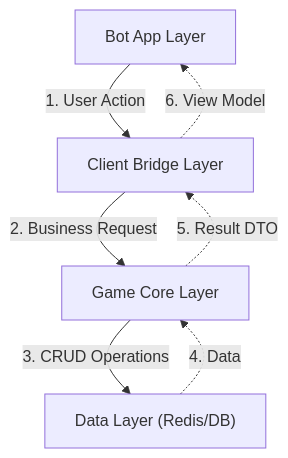
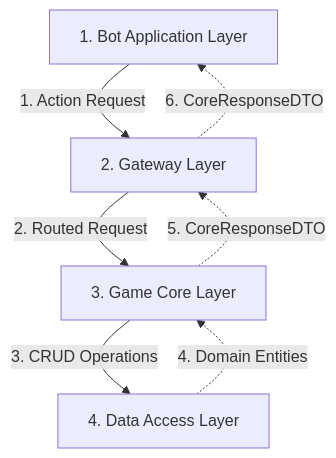
One commit to CodexDLC/telegram_bot_rpg changed the first of 7 diagrams in docs/dis_docs/05_diagrams/01_Architecture_Overview.md. Above: the diagram before and after it, drawn with Mermaid. The commit also changed other lines of this file and 37 other files, not shown here.

````diff
--- a/docs/dis_docs/05_diagrams/01_Architecture_Overview.md
+++ b/docs/dis_docs/05_diagrams/01_Architecture_Overview.md
@@ -6,17 +10,18 @@
 ```mermaid
 graph TD
-    %% --- GLOBAL BLOCKS ---
-    Bot["Bot App Layer"]
-    Client["Client Bridge Layer"]
-    Core["Game Core Layer"]
-    Data["Data Layer (Redis/DB)"]
+    %% --- BLOCKS ---
+    Bot["1. Bot Application Layer"]
+    Gateway["2. Gateway Layer"]
+    Core["3. Game Core Layer"]
+    Data["4. Data Access Layer"]
 
-    %% --- CONNECTIONS ---
-    Bot -->|"1. User Action"| Client
-    Client -->|"2. Business Request"| Core
+    %% --- DOWNSTREAM (Request) ---
+    Bot -->|"1. Action Request"| Gateway
+    Gateway -->|"2. Routed Request"| Core
     Core -->|"3. CRUD Operations"| Data
-    
-    Data -.->|"4. Data"| Core
-    Core -.->|"5. Result DTO"| Client
-    Client -.->|"6. View Model"| Bot
+
+    %% --- UPSTREAM (Response) ---
+    Data -.->|"4. Domain Entities"| Core
+    Core -.->|"5. CoreResponseDTO"| Gateway
+    Gateway -.->|"6. CoreResponseDTO"| Bot
 ```
````
